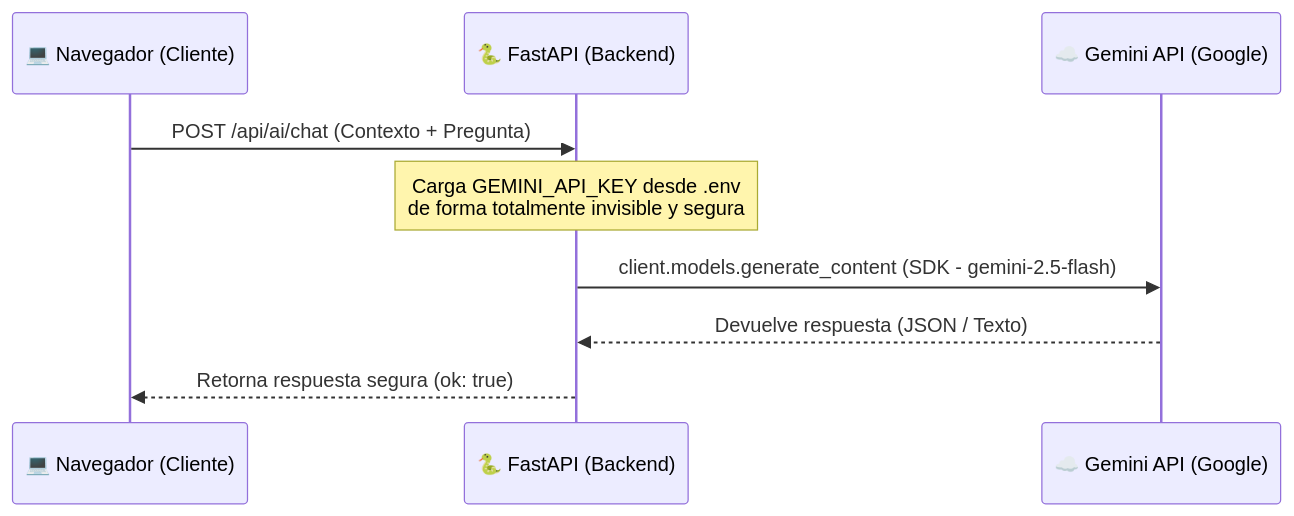
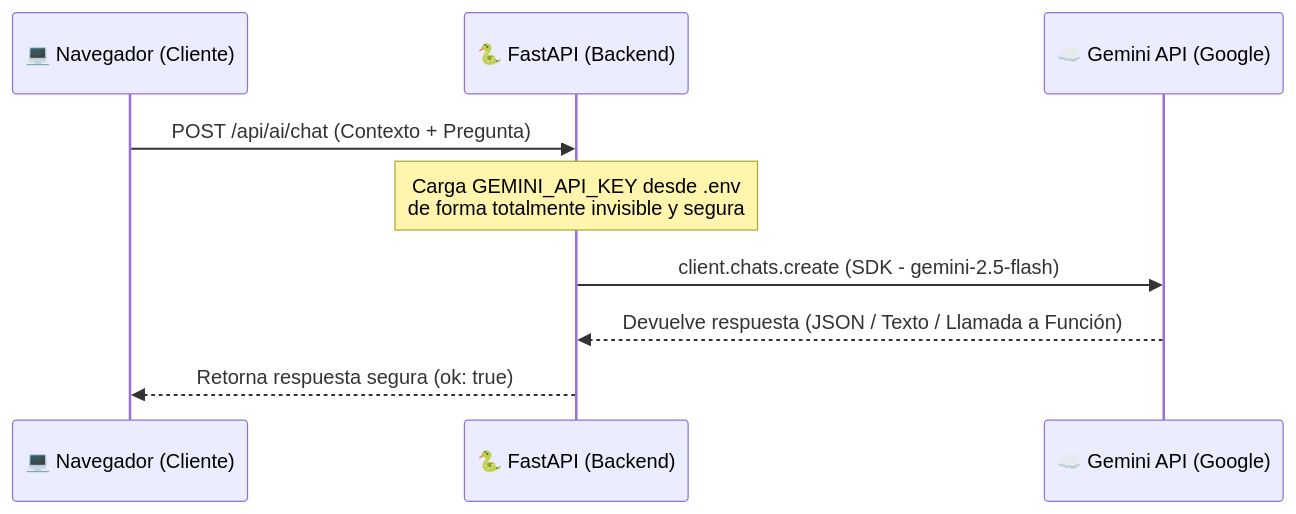
The diagram in mds/ia_insights_y_seguridad.md (carpincho2/Gestor-Finanzas), drawn with Mermaid before and after one commit. The commit also changed other lines of this file and 1012 other files, not shown here.

````diff
--- a/mds/ia_insights_y_seguridad.md
+++ b/mds/ia_insights_y_seguridad.md
@@ -18,12 +18,12 @@
 ```mermaid
 sequenceDiagram
     participant Usuario as 💻 Navegador (Cliente)
     participant Servidor as 🐍 FastAPI (Backend)
     participant Gemini as ☁️ Gemini API (Google)
     
     Usuario->>Servidor: POST /api/ai/chat (Contexto + Pregunta)
     Note over Servidor: Carga GEMINI_API_KEY desde .env<br/>de forma totalmente invisible y segura
-    Servidor->>Gemini: client.models.generate_content (SDK - gemini-2.5-flash)
-    Gemini-->>Servidor: Devuelve respuesta (JSON / Texto)
+    Servidor->>Gemini: client.chats.create (SDK - gemini-2.5-flash)
+    Gemini-->>Servidor: Devuelve respuesta (JSON / Texto / Llamada a Función)
     Servidor-->>Usuario: Retorna respuesta segura (ok: true)
 ```
````
